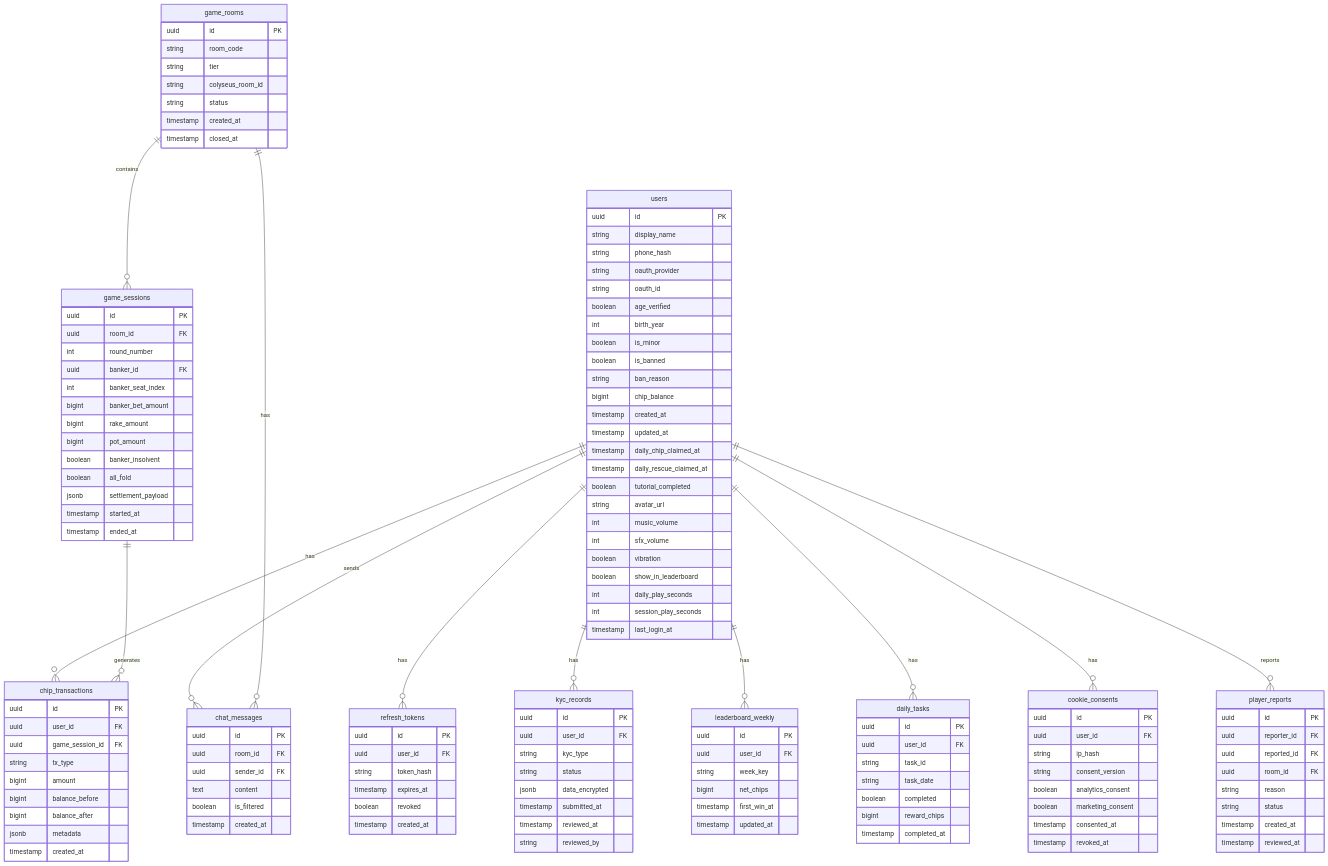
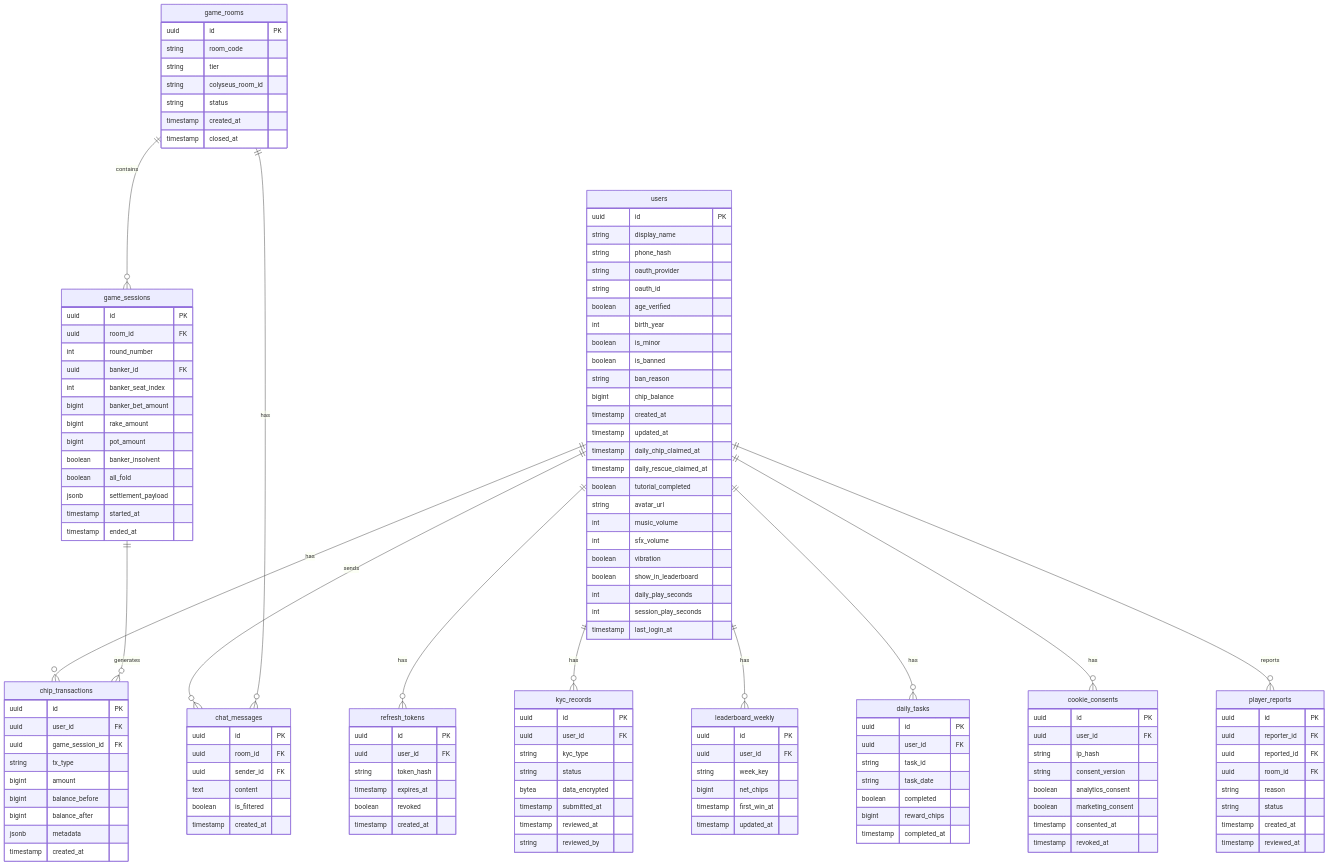
The fourth of 4 diagrams in docs/EDD.md (ibalasite/sam-gong-game), drawn with Mermaid before and after one commit. The commit also changed other lines of this file, not shown here.

Commit message:
review(devsop)[STEP-08]: Round 4 fix — 10 findings resolved (tutorial hand math, confirm_anti_addiction handler, REQ-015/019 mapping, ERD bytea, phase hyphen, banker settlement DTO, loser net_chips, rescue dual-channel idempotency)

```diff
--- a/docs/EDD.md
+++ b/docs/EDD.md
@@ -1025,7 +1033,7 @@
         uuid user_id FK
         string kyc_type
         string status
-        jsonb data_encrypted
+        bytea data_encrypted
         timestamp submitted_at
         timestamp reviewed_at
         string reviewed_by
```
